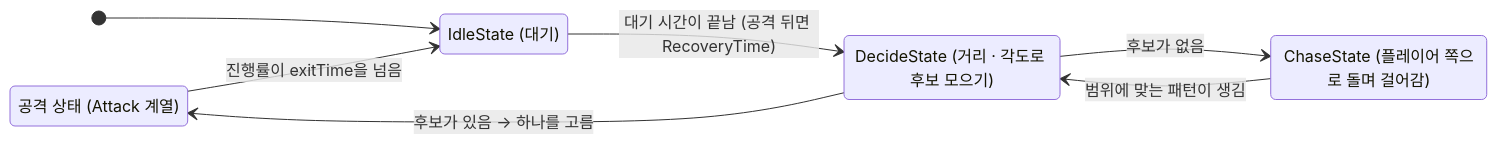
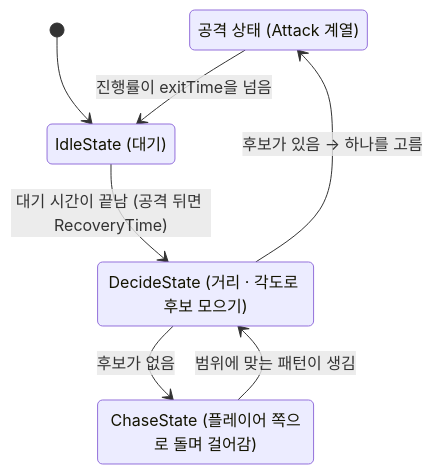
One commit to Gryphon34/portfolio-template changed the fifth of 18 diagrams in src/2-soul-knight/기술문서.md. Above: the diagram before and after it, drawn with Mermaid. The commit also changed other lines of this file, not shown here.

First line of the commit message:
소울나이트 기술문서: 그림 크기 조정, 클래스 그림·ERD 추가

````diff
--- a/src/2-soul-knight/기술문서.md
+++ b/src/2-soul-knight/기술문서.md
@@ -243,14 +329,14 @@
 ```mermaid
 stateDiagram-v2
-    direction LR
+    direction TB
     Attack: 공격 상태 (Attack 계열)
     Idle: IdleState (대기)
     Decide: DecideState (거리 · 각도로 후보 모으기)
     Chase: ChaseState (플레이어 쪽으로 돌며 걸어감)
     [*] --> Idle
     Attack --> Idle: 진행률이 exitTime을 넘음
     Idle --> Decide: 대기 시간이 끝남 (공격 뒤면 RecoveryTime)
     Decide --> Attack: 후보가 있음 → 하나를 고름
     Decide --> Chase: 후보가 없음
     Chase --> Decide: 범위에 맞는 패턴이 생김
 ```
````
